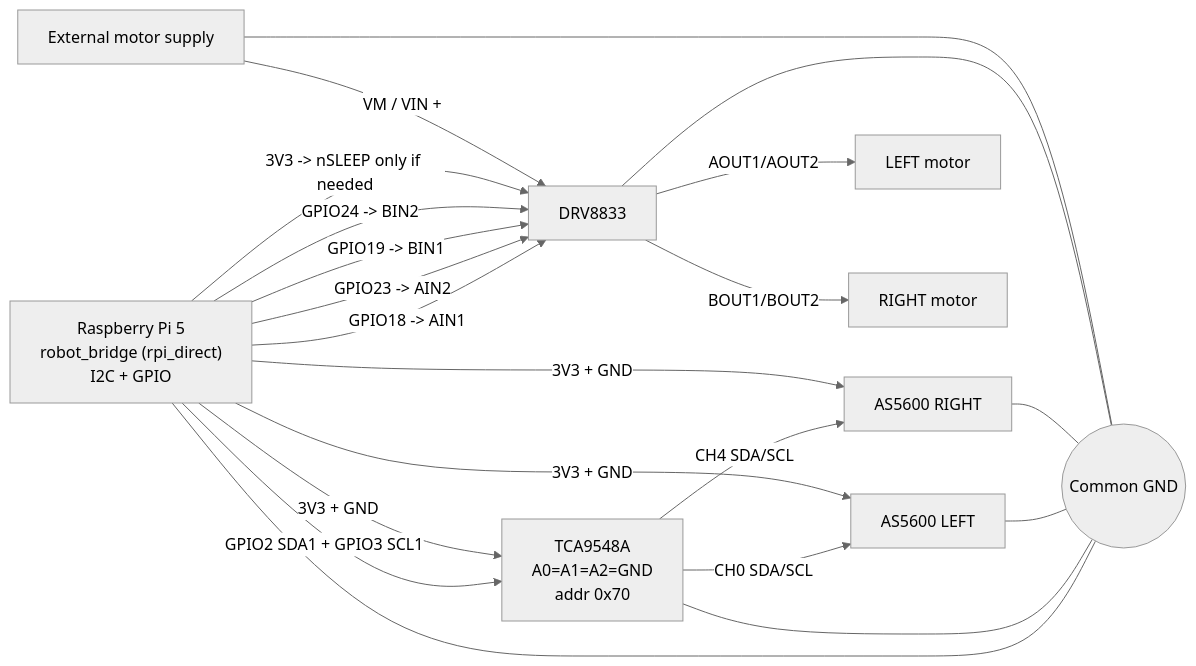
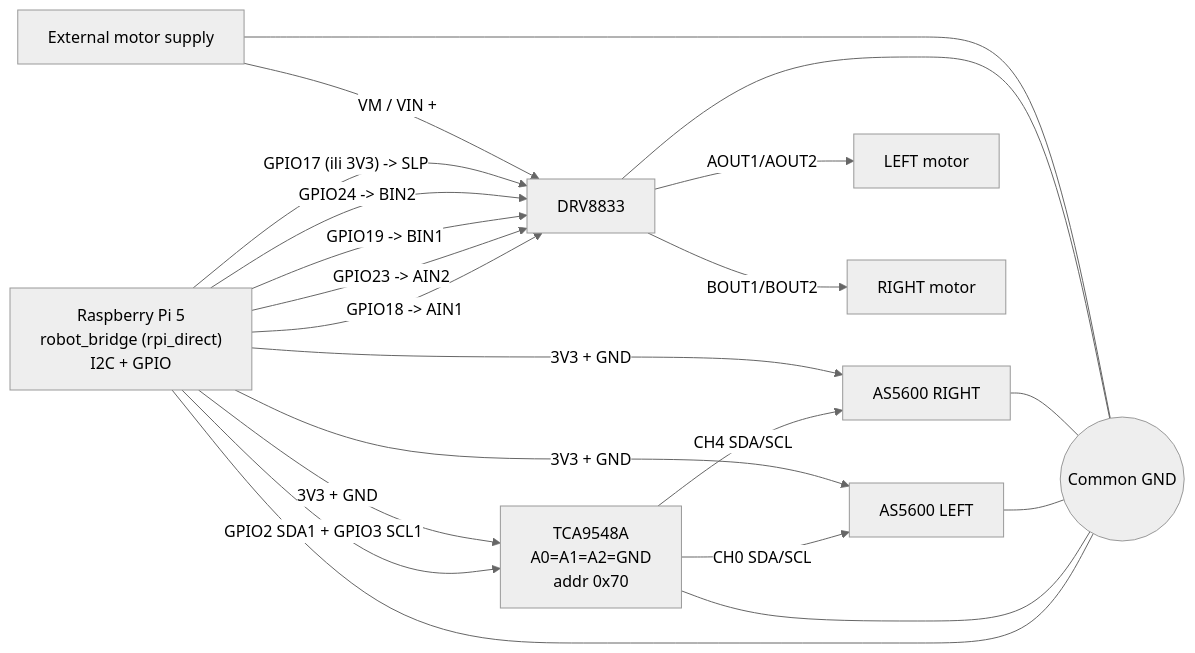
One commit to FilipSijak2/paper changed the diagram in CURRENT_WIRING_DIAGRAM.md. Above: the diagram before and after it, drawn with Mermaid (neutral theme). The commit also changed other lines of this file and 1 other file, not shown here.

````diff
--- a/CURRENT_WIRING_DIAGRAM.md
+++ b/CURRENT_WIRING_DIAGRAM.md
@@ -12,37 +13,37 @@
 ```mermaid
 flowchart LR
     RPI["Raspberry Pi 5<br/>robot_bridge (rpi_direct)<br/>I2C + GPIO"]
     TCA["TCA9548A<br/>A0=A1=A2=GND<br/>addr 0x70"]
     LENC["AS5600 LEFT"]
     RENC["AS5600 RIGHT"]
     DRV["DRV8833"]
     LM["LEFT motor"]
     RM["RIGHT motor"]
     EXT["External motor supply"]
     CGND(("Common GND"))
 
     RPI -->|"GPIO2 SDA1 + GPIO3 SCL1"| TCA
     RPI -->|"3V3 + GND"| TCA
 
     TCA -->|"CH0 SDA/SCL"| LENC
     TCA -->|"CH4 SDA/SCL"| RENC
     RPI -->|"3V3 + GND"| LENC
     RPI -->|"3V3 + GND"| RENC
 
     RPI -->|"GPIO18 -> AIN1"| DRV
     RPI -->|"GPIO23 -> AIN2"| DRV
     RPI -->|"GPIO19 -> BIN1"| DRV
     RPI -->|"GPIO24 -> BIN2"| DRV
-    RPI -->|"3V3 -> nSLEEP only if needed"| DRV
+    RPI -->|"GPIO17 (ili 3V3) -> SLP"| DRV
 
     DRV -->|"AOUT1/AOUT2"| LM
     DRV -->|"BOUT1/BOUT2"| RM
     EXT -->|"VM / VIN +"| DRV
 
     RPI --- CGND
     TCA --- CGND
     LENC --- CGND
     RENC --- CGND
     DRV --- CGND
     EXT --- CGND
 ```
````
